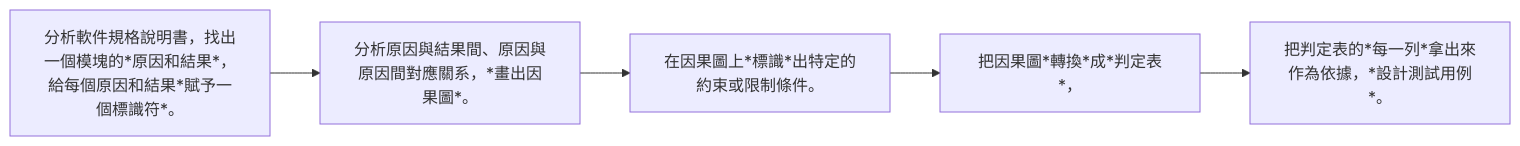
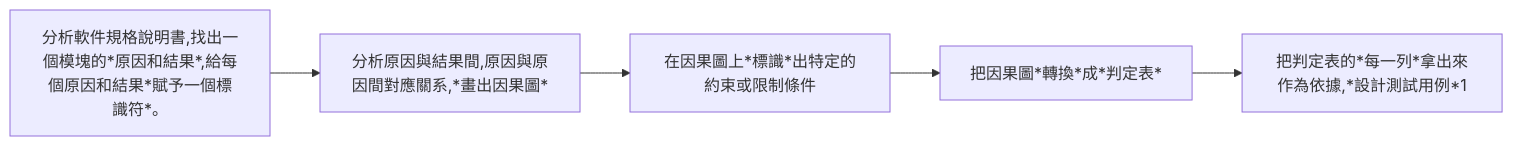
One commit to chchoiw/chchoiw.github.io changed the ninth of 10 diagrams in _posts/2022-07-04-02333-software_engineer.md. Above: the diagram before and after it, drawn with Mermaid. The commit also changed other lines of this file, not shown here.

````diff
--- a/_posts/2022-07-04-02333-software_engineer.md
+++ b/_posts/2022-07-04-02333-software_engineer.md
@@ -1016,14 +1018,14 @@
 ```mermaid
 graph LR
 
-id1[分析軟件規格說明書，找出一個模塊的*原因和結果*，給每個原因和結果*賦予一個標識符*。]
-id2[分析原因與結果間、原因與原因間對應關系，*畫出因果圖*。]
-id3[在因果圖上*標識*出特定的約束或限制條件。]
-id4[把因果圖*轉換*成*判定表*，]
-id5[把判定表的*每一列*拿出來作為依據，*設計測試用例*。]
+id1[分析軟件規格說明書,找出一個模塊的*原因和結果*,給每個原因和結果*賦予一個標識符*。]
+id2[分析原因與結果間,原因與原因間對應關系,*畫出因果圖*]
+id3[在因果圖上*標識*出特定的約束或限制條件]
+id4[把因果圖*轉換*成*判定表*]
+id5[把判定表的*每一列*拿出來作為依據,*設計測試用例*1]
 
 id1-->id2
 id2-->id3
 id3-->id4
 id4-->id5
 ```
````
